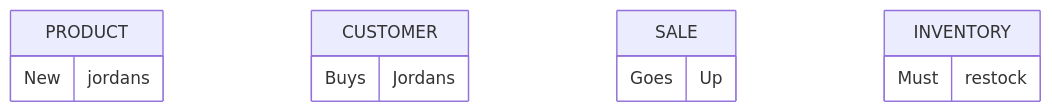
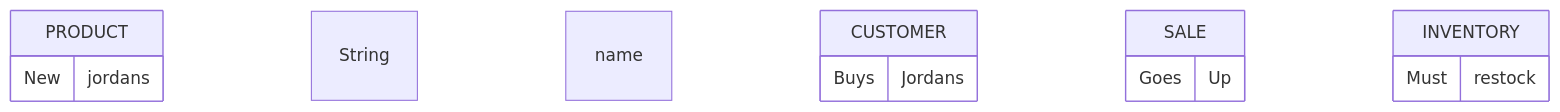
The diagram in NikeStore_ERD.md (Bryson456cmd/Project), drawn with Mermaid before and after one commit.

````diff
--- a/NikeStore_ERD.md
+++ b/NikeStore_ERD.md
@@ -1,11 +1,11 @@
 ```mermaid
 erDiagram
 PRODUCT {New jordans
-}
+}String name
 CUSTOMER {Buys Jordans
 }
 SALE {Goes Up
 }
 INVENTORY {Must restock
 }
 ```
````
